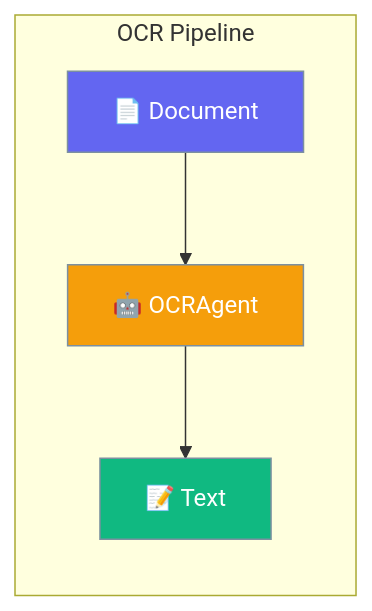
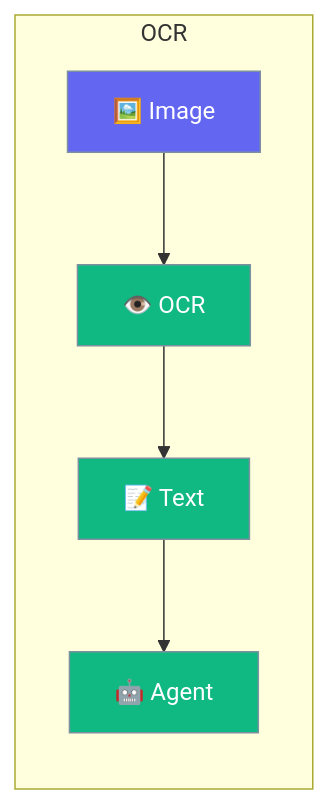
The diagram in docs/rust/ocr.mdx (MervinPraison/PraisonAIDocs), drawn with Mermaid before and after one commit. The commit also changed other lines of this file and 87 other files, not shown here.

````diff
--- a/docs/rust/ocr.mdx
+++ b/docs/rust/ocr.mdx
@@ -10,15 +10,14 @@
 ```mermaid
 graph LR
-    subgraph "OCR Pipeline"
-        D[📄 Document] --> A[🤖 OCRAgent]
-        A --> T[📝 Text]
+    subgraph "OCR"
+        I[🖼️ Image] --> O[👁️ OCR]
+        O --> T[📝 Text]
+        T --> A[🤖 Agent]
     end
     
-    classDef input fill:#6366F1,stroke:#7C90A0,color:#fff
-    classDef agent fill:#F59E0B,stroke:#7C90A0,color:#fff
-    classDef output fill:#10B981,stroke:#7C90A0,color:#fff
+    classDef image fill:#6366F1,stroke:#7C90A0,color:#fff
+    classDef text fill:#10B981,stroke:#7C90A0,color:#fff
     
-    class D input
-    class A agent
-    class T output
+    class I image
+    class O,T,A text
 ```
````
